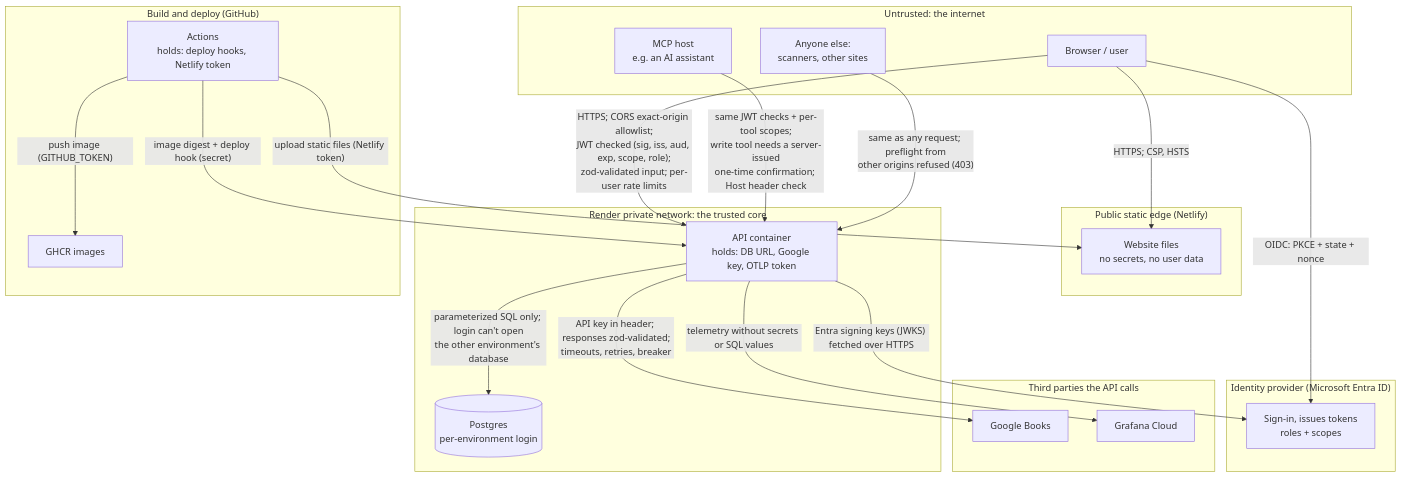
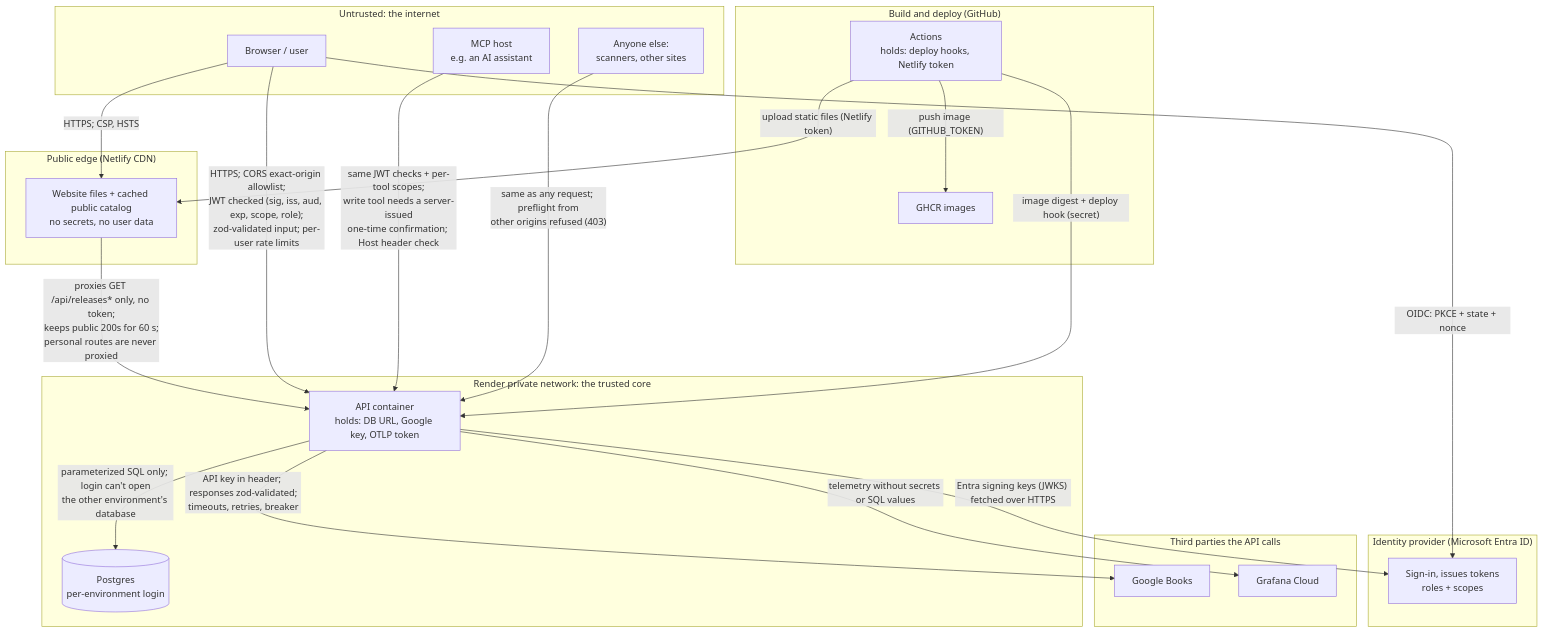
The third of 4 diagrams in book-release-tracker/docs/architecture.md (dbaciu02/bibliophile), drawn with Mermaid before and after one commit. The commit also changed other lines of this file and 17 other files, not shown here.

Commit message:
D6: public catalog through Netlify CDN; load-test script; purge-cache workflow

````diff
--- a/book-release-tracker/docs/architecture.md
+++ b/book-release-tracker/docs/architecture.md
@@ -68,44 +79,45 @@
 ```mermaid
 flowchart TB
     subgraph Internet["Untrusted: the internet"]
         U[Browser / user]
         M[MCP host<br/>e.g. an AI assistant]
         X[Anyone else:<br/>scanners, other sites]
     end
 
-    subgraph Edge["Public static edge (Netlify)"]
-        N[Website files<br/>no secrets, no user data]
+    subgraph Edge["Public edge (Netlify CDN)"]
+        N[Website files + cached public catalog<br/>no secrets, no user data]
     end
 
     subgraph Idp["Identity provider (Microsoft Entra ID)"]
         E[Sign-in, issues tokens<br/>roles + scopes]
     end
 
     subgraph RenderNet["Render private network: the trusted core"]
         A[API container<br/>holds: DB URL, Google key, OTLP token]
         P[(Postgres<br/>per-environment login)]
     end
 
     subgraph Third["Third parties the API calls"]
         G[Google Books]
         O[Grafana Cloud]
     end
 
     subgraph CI["Build and deploy (GitHub)"]
         GA[Actions<br/>holds: deploy hooks, Netlify token]
         R[GHCR images]
     end
 
     U -- "HTTPS; CSP, HSTS" --> N
+    N -- "proxies GET /api/releases* only, no token;<br/>keeps public 200s for 60 s;<br/>personal routes are never proxied" --> A
     U -- "OIDC: PKCE + state + nonce" --> E
     U -- "HTTPS; CORS exact-origin allowlist;<br/>JWT checked (sig, iss, aud, exp, scope, role);<br/>zod-validated input; per-user rate limits" --> A
     M -- "same JWT checks + per-tool scopes;<br/>write tool needs a server-issued<br/>one-time confirmation; Host header check" --> A
     X -- "same as any request; preflight from<br/>other origins refused (403)" --> A
     A -- "Entra signing keys (JWKS) fetched over HTTPS" --> E
     A -- "parameterized SQL only; login can't open<br/>the other environment's database" --> P
     A -- "API key in header; responses zod-validated;<br/>timeouts, retries, breaker" --> G
     A -- "telemetry without secrets or SQL values" --> O
     GA -- "image digest + deploy hook (secret)" --> A
     GA -- "push image (GITHUB_TOKEN)" --> R
     GA -- "upload static files (Netlify token)" --> N
 ```
````
